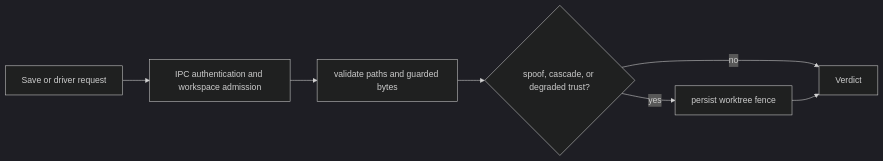
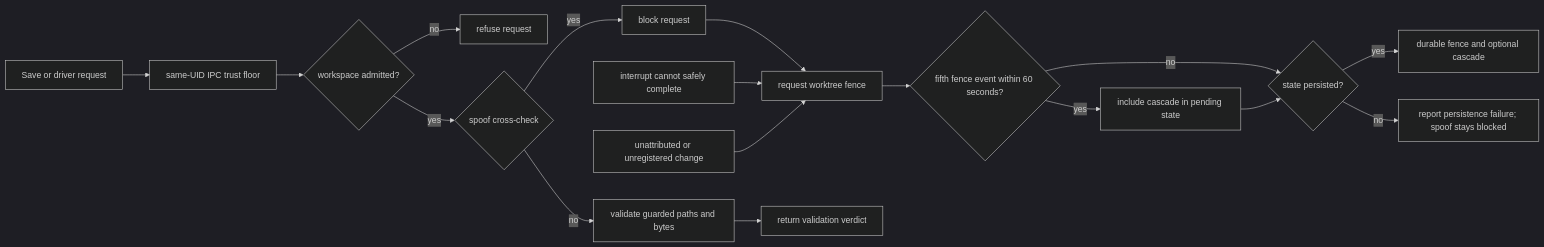
One commit to eddacraft/eddacraft-tui changed the diagram in crates/anvil-intercept/ARCHITECTURE.md. Above: the diagram before and after it, drawn with Mermaid (dark theme). The commit also changed other lines of this file and 7 other files, not shown here.

First line of the commit message:
docs(architecture): repair component pilot claims

````diff
--- a/crates/anvil-intercept/ARCHITECTURE.md
+++ b/crates/anvil-intercept/ARCHITECTURE.md
@@ -27,9 +30,19 @@
 ```mermaid
 flowchart LR
-    Save[Save or driver request] --> Admission[IPC authentication and workspace admission]
-    Admission --> Validate[validate paths and guarded bytes]
-    Validate --> Condition{spoof, cascade, or degraded trust?}
-    Condition -->|yes| Fence[persist worktree fence]
-    Condition -->|no| Verdict
-    Fence --> Verdict
+    Save[Save or driver request] --> Peer[same-UID IPC trust floor]
+    Peer --> Admission{workspace admitted?}
+    Admission -->|no| Refuse[refuse request]
+    Admission -->|yes| Spoof{spoof cross-check}
+    Spoof -->|yes| Block[block request]
+    Block --> FenceAttempt[request worktree fence]
+    Spoof -->|no| Validate[validate guarded paths and bytes]
+    Validate --> Verdict[return validation verdict]
+    Interrupt[interrupt cannot safely complete] --> FenceAttempt
+    Unknown[unattributed or unregistered change] --> FenceAttempt
+    FenceAttempt --> Rate{fifth fence event within 60 seconds?}
+    Rate -->|no| Persist{state persisted?}
+    Rate -->|yes| Cascade[include cascade in pending state]
+    Cascade --> Persist
+    Persist -->|yes| Fence[durable fence and optional cascade]
+    Persist -->|no| PersistFail[report persistence failure; spoof stays blocked]
 ```
````
